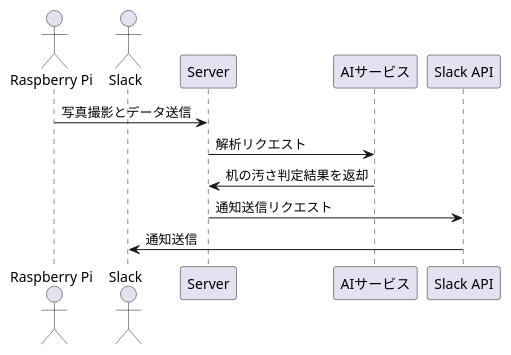
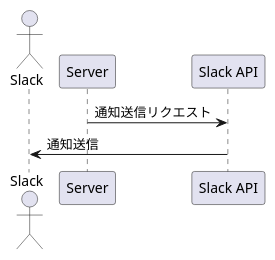
One commit to kangy106/OkatadukeClub changed the diagram in notificationSequence.puml. Above: the diagram before and after it, drawn with PlantUML.

```diff
--- a/notificationSequence.puml
+++ b/notificationSequence.puml
@@ -1,13 +1,8 @@
 @startuml
 ' シーケンス図: 通知送信処理
-actor "Raspberry Pi" as Raspi
 actor "Slack" as Slack
 participant "Server" as Server
-participant "AIサービス" as AIService
 participant "Slack API" as SlackAPI
-Raspi -> Server: 写真撮影とデータ送信
-Server -> AIService: 解析リクエスト
-AIService -> Server: 机の汚さ判定結果を返却
 Server -> SlackAPI: 通知送信リクエスト
 SlackAPI -> Slack: 通知送信
 @enduml
```
